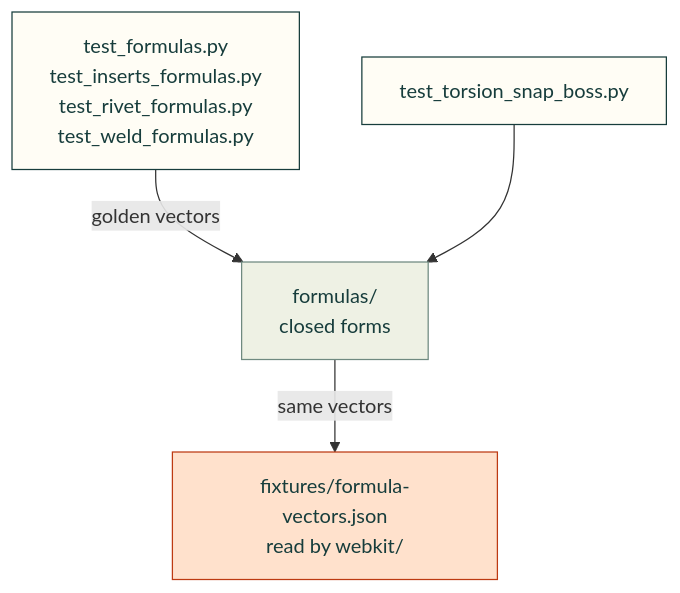
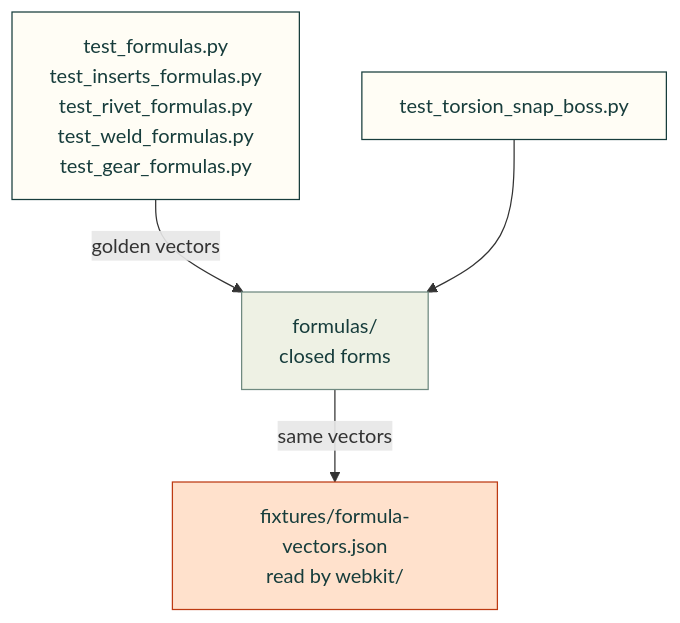
One commit to Valpatel/cad-agent changed the diagram in tests/formulas/README.md. Above: the diagram before and after it, drawn with Mermaid. The commit also changed other lines of this file and 6 other files, not shown here.

First line of the commit message:
docs: gear formulas in the formulas page, the READMEs and the reference registry (#721)

````diff
--- a/tests/formulas/README.md
+++ b/tests/formulas/README.md
@@ -8,12 +8,12 @@
 ```mermaid
 flowchart TD
-    F["test_formulas.py<br/>test_inserts_formulas.py<br/>test_rivet_formulas.py<br/>test_weld_formulas.py"] -->|"golden vectors"| X["formulas/<br/>closed forms"]
+    F["test_formulas.py<br/>test_inserts_formulas.py<br/>test_rivet_formulas.py<br/>test_weld_formulas.py<br/>test_gear_formulas.py"] -->|"golden vectors"| X["formulas/<br/>closed forms"]
     T["test_torsion_snap_boss.py"] --> X
     X -->|"same vectors"| V["fixtures/formula-vectors.json<br/>read by webkit/"]
     classDef here fill:#fffdf5,stroke:#173d3c,color:#173d3c
     classDef near fill:#eef1e4,stroke:#6f8a80,color:#173d3c
     classDef out fill:#ffe1cc,stroke:#bd3a12,color:#173d3c
     class F,T here
     class X near
     class V out
 ```
````
